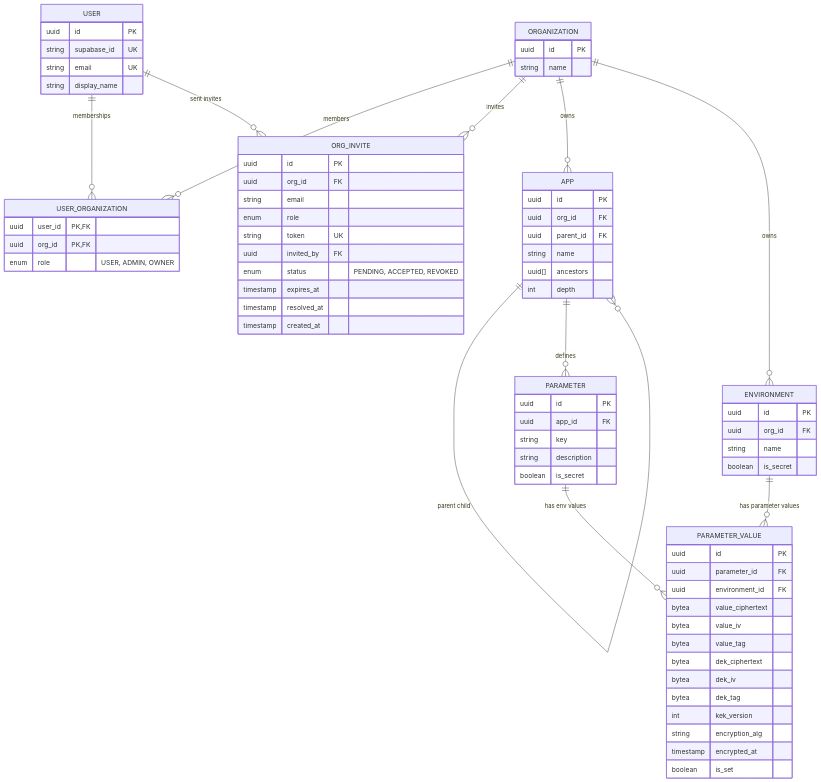
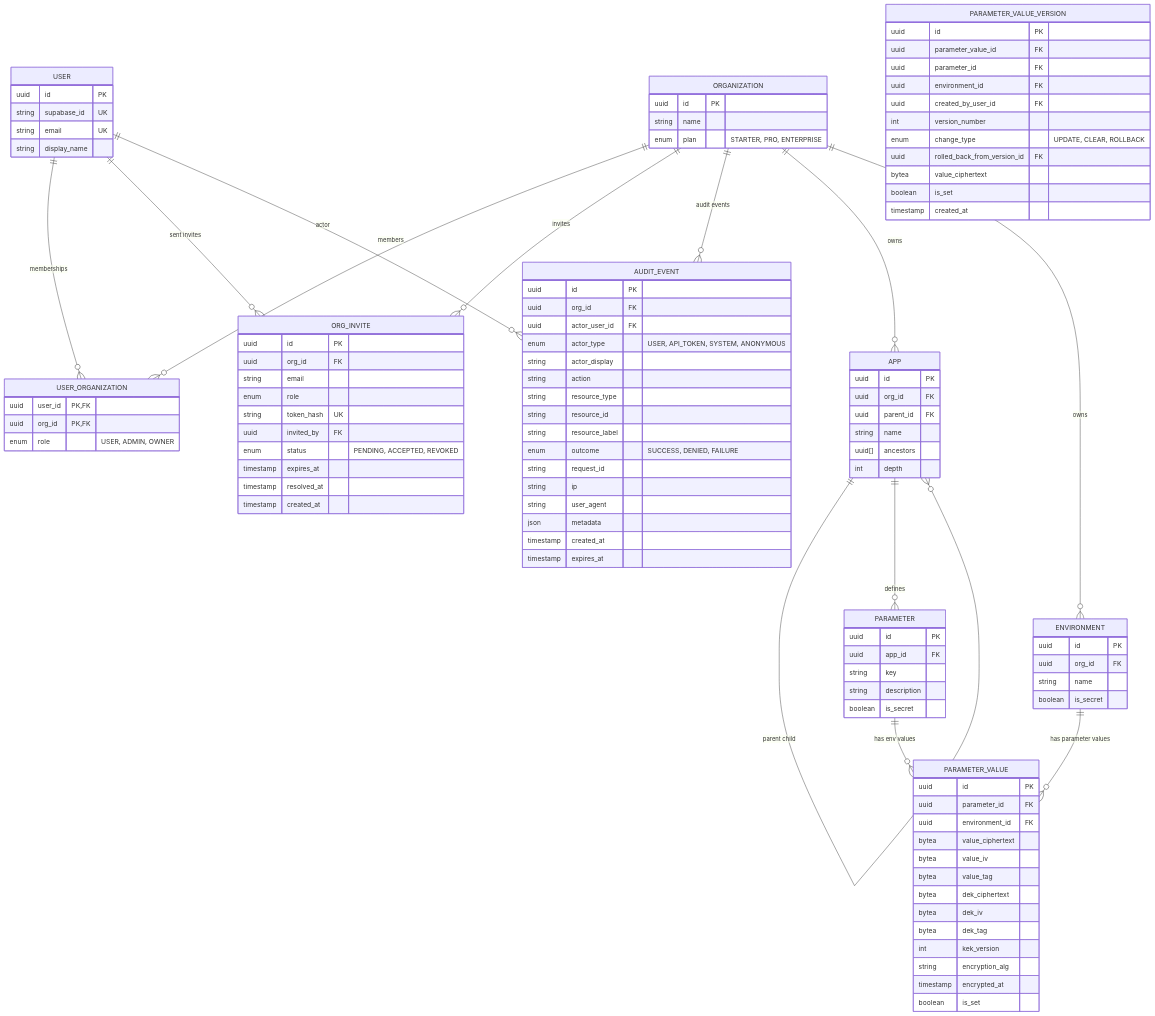
One commit to simone-gheller/mull changed the diagram in docs/er-model.md. Above: the diagram before and after it, drawn with Mermaid. The commit also changed other lines of this file and 23 other files, not shown here.

Commit message:
feat(backend): audit trail and invite token hardening

````diff
--- a/docs/er-model.md
+++ b/docs/er-model.md
@@ -9,7 +9,9 @@
     ORGANIZATION ||--o{ USER_ORGANIZATION : "members"
     USER ||--o{ USER_ORGANIZATION : "memberships"
     ORGANIZATION ||--o{ ORG_INVITE : "invites"
+    ORGANIZATION ||--o{ AUDIT_EVENT : "audit events"
     USER ||--o{ ORG_INVITE : "sent invites"
+    USER ||--o{ AUDIT_EVENT : "actor"
 
     ORGANIZATION ||--o{ APP : "owns"
     APP ||--o{ APP : "parent child"
@@ -29,6 +31,7 @@
     ORGANIZATION {
         uuid id PK
         string name
+        enum plan "STARTER, PRO, ENTERPRISE"
     }
 
     USER_ORGANIZATION {
@@ -42,7 +45,7 @@
         uuid org_id FK
         string email
         enum role
-        string token UK
+        string token_hash UK
         uuid invited_by FK
         enum status "PENDING, ACCEPTED, REVOKED"
         timestamp expires_at
@@ -89,4 +92,37 @@
         timestamp encrypted_at
         boolean is_set
     }
+
+    PARAMETER_VALUE_VERSION {
+        uuid id PK
+        uuid parameter_value_id FK
+        uuid parameter_id FK
+        uuid environment_id FK
+        uuid created_by_user_id FK
+        int version_number
+        enum change_type "UPDATE, CLEAR, ROLLBACK"
+        uuid rolled_back_from_version_id FK
+        bytea value_ciphertext
+        boolean is_set
+        timestamp created_at
+    }
+
+    AUDIT_EVENT {
+        uuid id PK
+        uuid org_id FK
+        uuid actor_user_id FK
+        enum actor_type "USER, API_TOKEN, SYSTEM, ANONYMOUS"
+        string actor_display
+        string action
+        string resource_type
+        string resource_id
+        string resource_label
+        enum outcome "SUCCESS, DENIED, FAILURE"
+        string request_id
+        string ip
+        string user_agent
+        json metadata
+        timestamp created_at
+        timestamp expires_at
+    }
 ```
````
